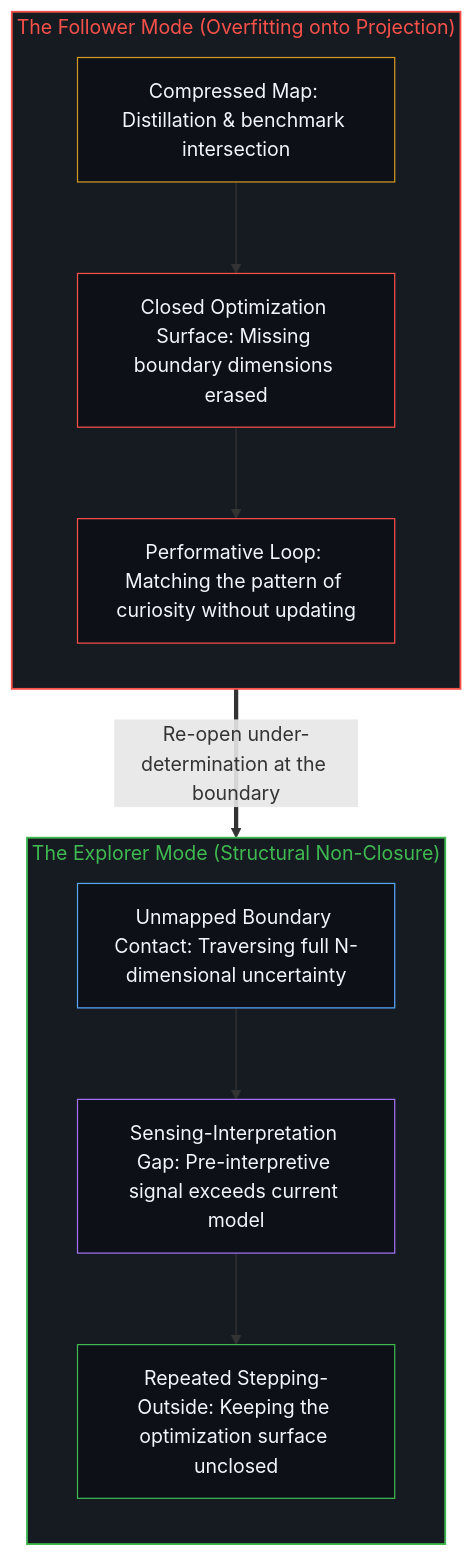
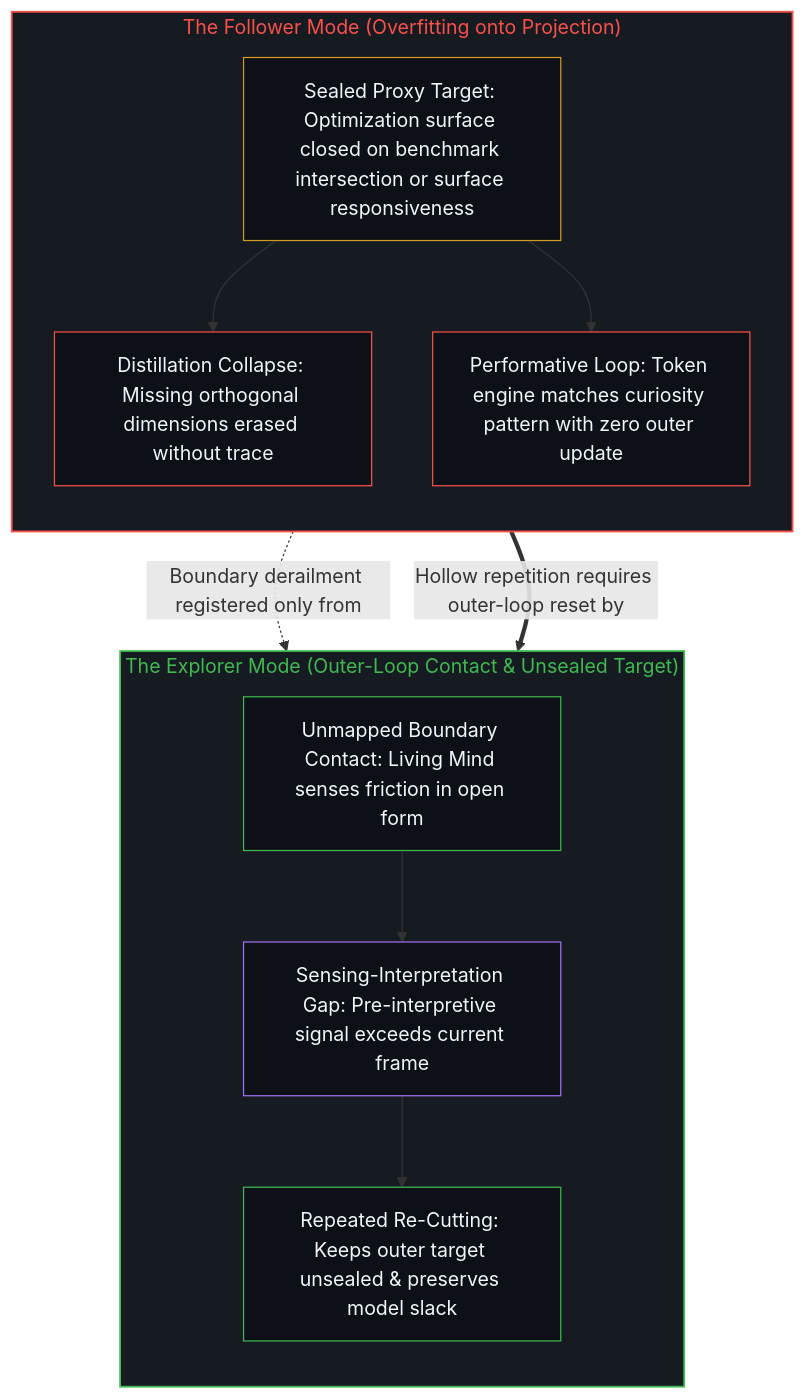
Before and after one commit to powerpig99/not-a-toe: the second of 2 diagrams in content/posts/overfitting-as-the-follower-mode.md, drawn with Mermaid. The commit also changed other lines of this file and 5 other files, not shown here.

````diff
--- a/content/posts/overfitting-as-the-follower-mode.md
+++ b/content/posts/overfitting-as-the-follower-mode.md
@@ -68,26 +70,28 @@
 ```mermaid
 flowchart TD
     subgraph S_Follower["The Follower Mode (Overfitting onto Projection)"]
         direction TB
-        F_Map["Compressed Map: Distillation & benchmark intersection"]
-        F_Close["Closed Optimization Surface: Missing boundary dimensions erased"]
-        F_Perf["Performative Loop: Matching the pattern of curiosity without updating"]
-        F_Map --> F_Close --> F_Perf
+        F_Close["Sealed Proxy Target: Optimization surface closed on benchmark intersection or surface responsiveness"]
+        F_Map["Distillation Collapse: Missing orthogonal dimensions erased without trace"]
+        F_Perf["Performative Loop: Token engine matches curiosity pattern with zero outer update"]
+        F_Close --> F_Map
+        F_Close --> F_Perf
     end
-    subgraph S_Explorer["The Explorer Mode (Structural Non-Closure)"]
+    subgraph S_Explorer["The Explorer Mode (Outer-Loop Contact & Unsealed Target)"]
         direction TB
-        E_Edge["Unmapped Boundary Contact: Traversing full N-dimensional uncertainty"]
-        E_Gap["Sensing-Interpretation Gap: Pre-interpretive signal exceeds current model"]
-        E_Step["Repeated Stepping-Outside: Keeping the optimization surface unclosed"]
+        E_Edge["Unmapped Boundary Contact: Living Mind senses friction in open form"]
+        E_Gap["Sensing-Interpretation Gap: Pre-interpretive signal exceeds current frame"]
+        E_Step["Repeated Re-Cutting: Keeps outer target unsealed & preserves model slack"]
         E_Edge --> E_Gap --> E_Step
     end
-    F_Perf ==>|"Re-open under-determination at the boundary"| E_Edge
+    F_Map -.->|"Boundary derailment registered only from"| E_Edge
+    F_Perf ==>|"Hollow repetition requires outer-loop reset by"| E_Edge
     style S_Follower fill:#161b22,stroke:#f85149,stroke-width:1.5px,color:#f85149
     style S_Explorer fill:#161b22,stroke:#3fb950,stroke-width:1.5px,color:#3fb950
-    style F_Map fill:#0d1117,stroke:#d29922,stroke-width:1px,color:#f0f6fc
-    style F_Close fill:#0d1117,stroke:#f85149,stroke-width:1px,color:#f0f6fc
+    style F_Close fill:#0d1117,stroke:#d29922,stroke-width:1px,color:#f0f6fc
+    style F_Map fill:#0d1117,stroke:#f85149,stroke-width:1px,color:#f0f6fc
     style F_Perf fill:#0d1117,stroke:#f85149,stroke-width:1px,color:#f0f6fc
-    style E_Edge fill:#0d1117,stroke:#58a6ff,stroke-width:1px,color:#f0f6fc
+    style E_Edge fill:#0d1117,stroke:#3fb950,stroke-width:1px,color:#f0f6fc
     style E_Gap fill:#0d1117,stroke:#a371f7,stroke-width:1px,color:#f0f6fc
     style E_Step fill:#0d1117,stroke:#3fb950,stroke-width:1px,color:#f0f6fc
 ```
````
